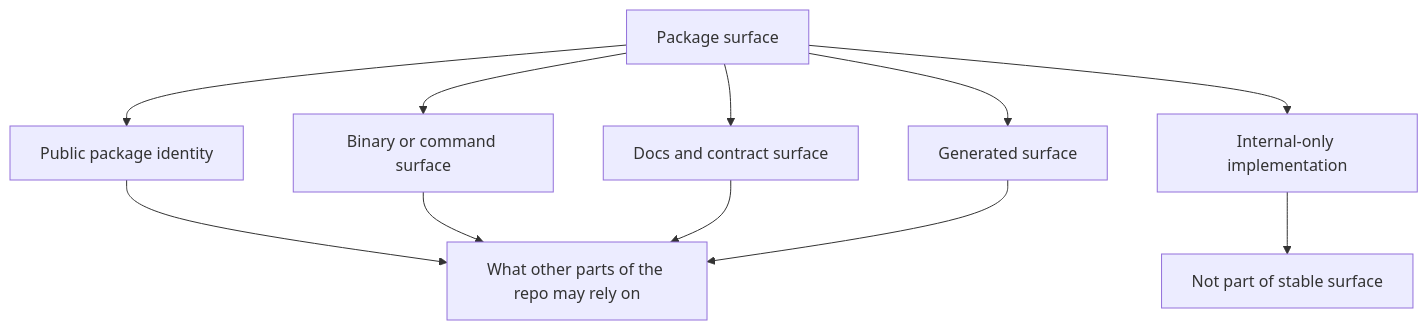
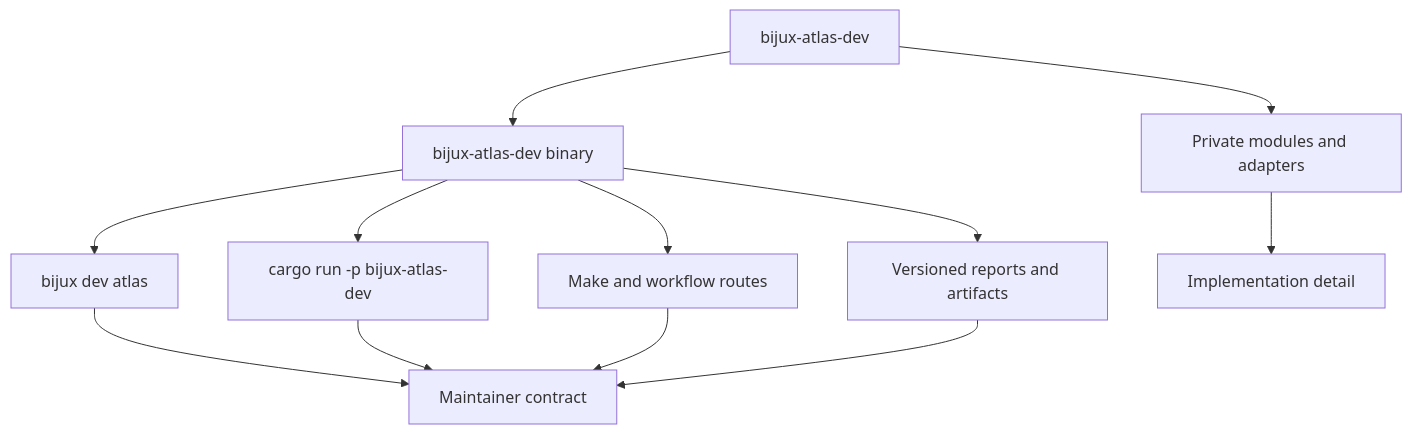
Before and after one commit to bijux/bijux-atlas: the diagram in docs/bijux-atlas-dev/workspace/package-surface.md, drawn with Mermaid. The commit also changed other lines of this file and 2 other files, not shown here.

Commit message:
docs(maintainers): expose command and artifact trust boundaries

````diff
--- a/docs/bijux-atlas-dev/workspace/package-surface.md
+++ b/docs/bijux-atlas-dev/workspace/package-surface.md
@@ -17,14 +17,14 @@
 ```mermaid
 flowchart TD
-    Package[Package surface] --> Identity[Public package identity]
-    Package --> Binary[Binary or command surface]
-    Package --> Docs[Docs and contract surface]
-    Package --> Generated[Generated surface]
-    Package --> Internal[Internal-only implementation]
-
-    Identity --> Stable[What other parts of the repo may rely on]
-    Binary --> Stable
-    Docs --> Stable
-    Generated --> Stable
-    Internal --> Unstable[Not part of stable surface]
+    Crate[bijux-atlas-dev] --> Binary[bijux-atlas-dev binary]
+    Binary --> Umbrella[bijux dev atlas]
+    Binary --> Direct[cargo run -p bijux-atlas-dev]
+    Binary --> Wrappers[Make and workflow routes]
+    Binary --> Reports[Versioned reports and artifacts]
+    Crate --> Internal[Private modules and adapters]
+    Umbrella --> Contract[Maintainer contract]
+    Direct --> Contract
+    Wrappers --> Contract
+    Reports --> Contract
+    Internal --> Detail[Implementation detail]
 ```
````
